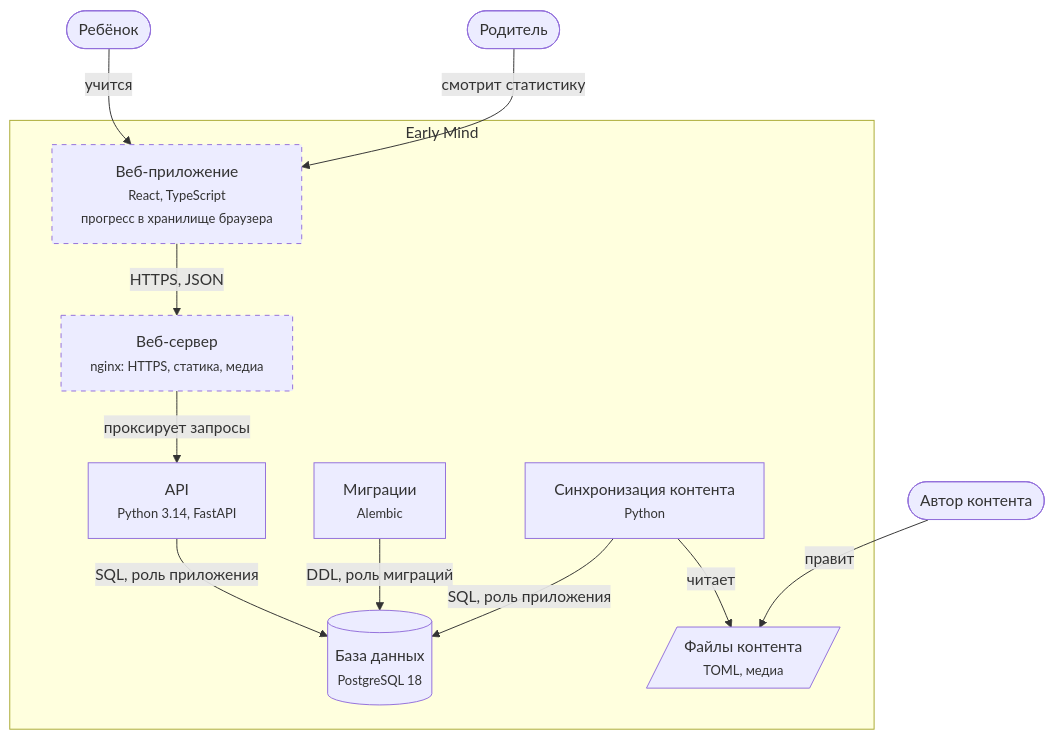
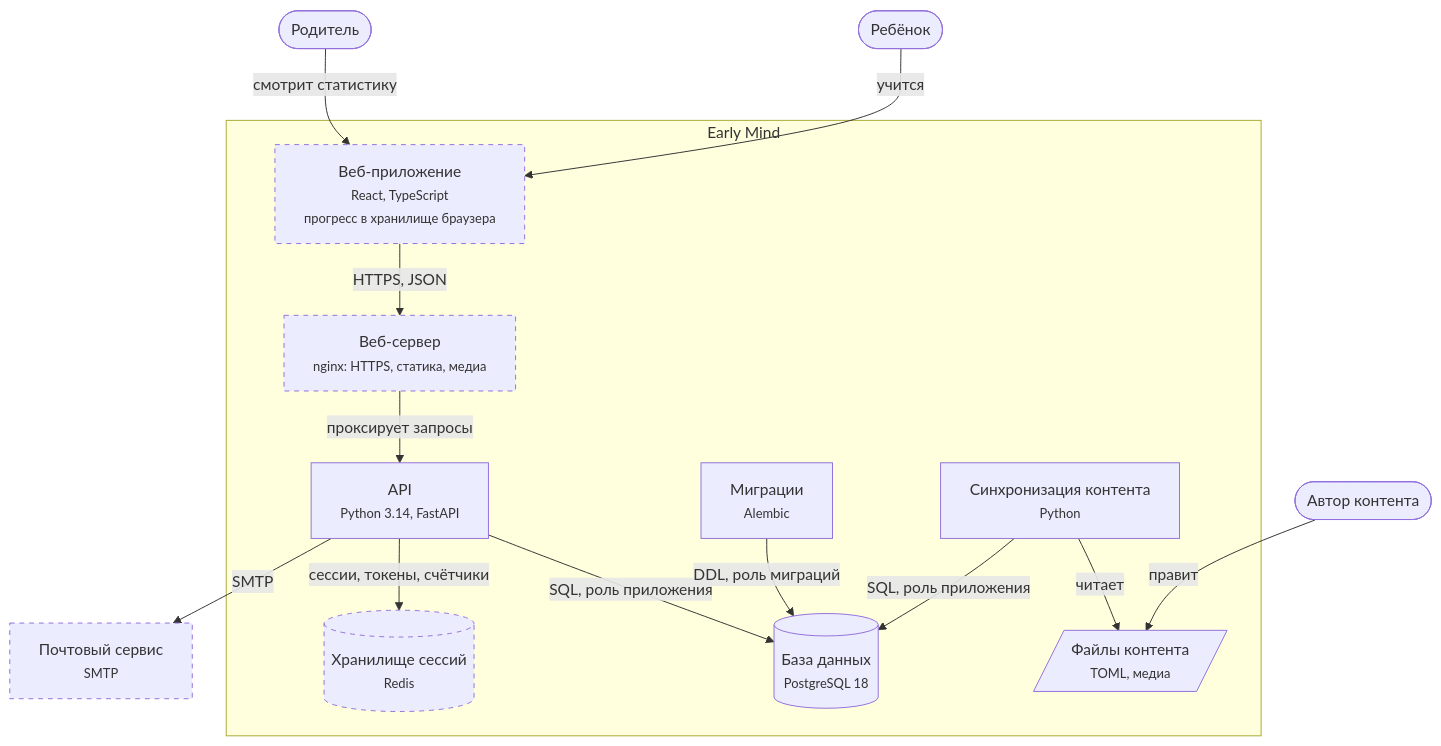
One commit to nsat1/early-mind changed the second of 2 diagrams in docs/architecture/c4.md. Above: the diagram before and after it, drawn with Mermaid. The commit also changed other lines of this file and 2 other files, not shown here.

````diff
--- a/docs/architecture/c4.md
+++ b/docs/architecture/c4.md
@@ -28,26 +34,30 @@
 ```mermaid
 flowchart TB
     child(["Ребёнок"])
     parent(["Родитель"])
     author(["Автор контента"])
     subgraph em [Early Mind]
         spa["Веб-приложение<br/><small>React, TypeScript<br/>прогресс в хранилище браузера</small>"]
         web["Веб-сервер<br/><small>nginx: HTTPS, статика, медиа</small>"]
         api["API<br/><small>Python 3.14, FastAPI</small>"]
         db[("База данных<br/><small>PostgreSQL 18</small>")]
+        redis[("Хранилище сессий<br/><small>Redis</small>")]
         migrations["Миграции<br/><small>Alembic</small>"]
         sync["Синхронизация контента<br/><small>Python</small>"]
         content[/"Файлы контента<br/><small>TOML, медиа</small>"/]
     end
+    mail["Почтовый сервис<br/><small>SMTP</small>"]
     child -->|учится| spa
     parent -->|смотрит статистику| spa
     spa -->|"HTTPS, JSON"| web
     web -->|проксирует запросы| api
     api -->|"SQL, роль приложения"| db
+    api -->|сессии, токены, счётчики| redis
+    api -->|SMTP| mail
     migrations -->|"DDL, роль миграций"| db
     sync -->|читает| content
     sync -->|"SQL, роль приложения"| db
     author -->|правит| content
     classDef planned stroke-dasharray: 5 5
-    class spa,web planned
+    class spa,web,redis,mail planned
 ```
````
